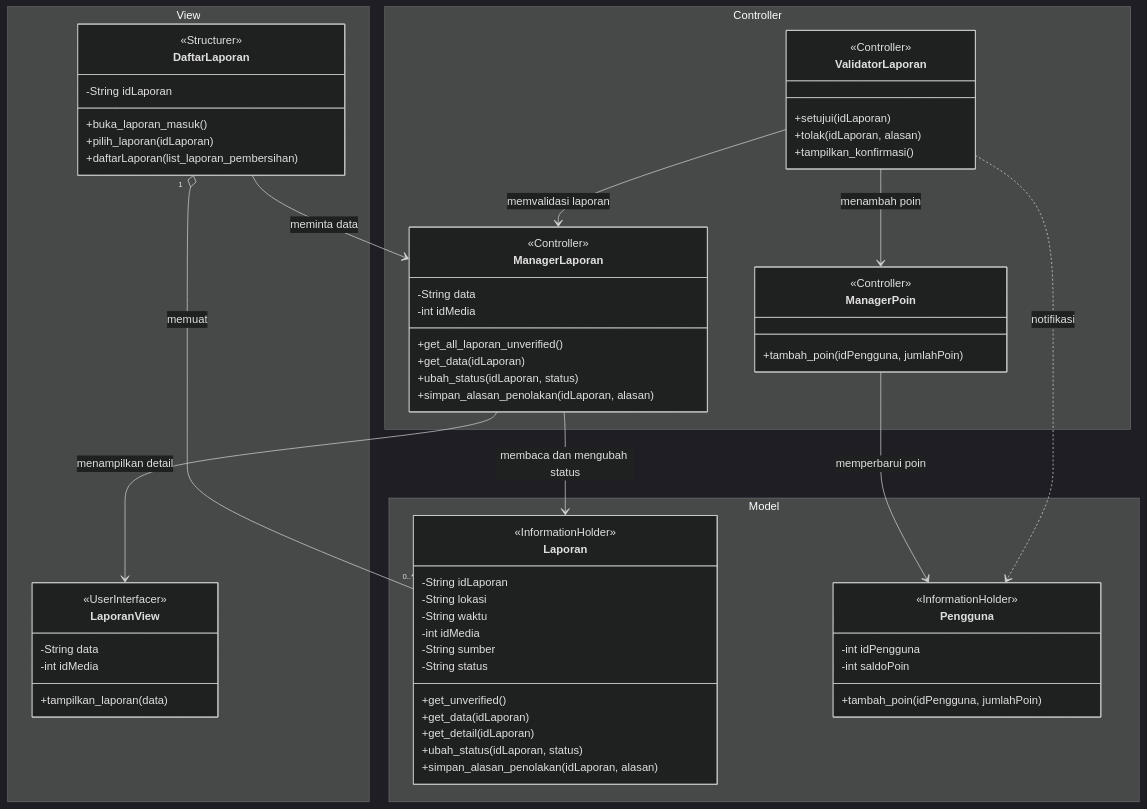
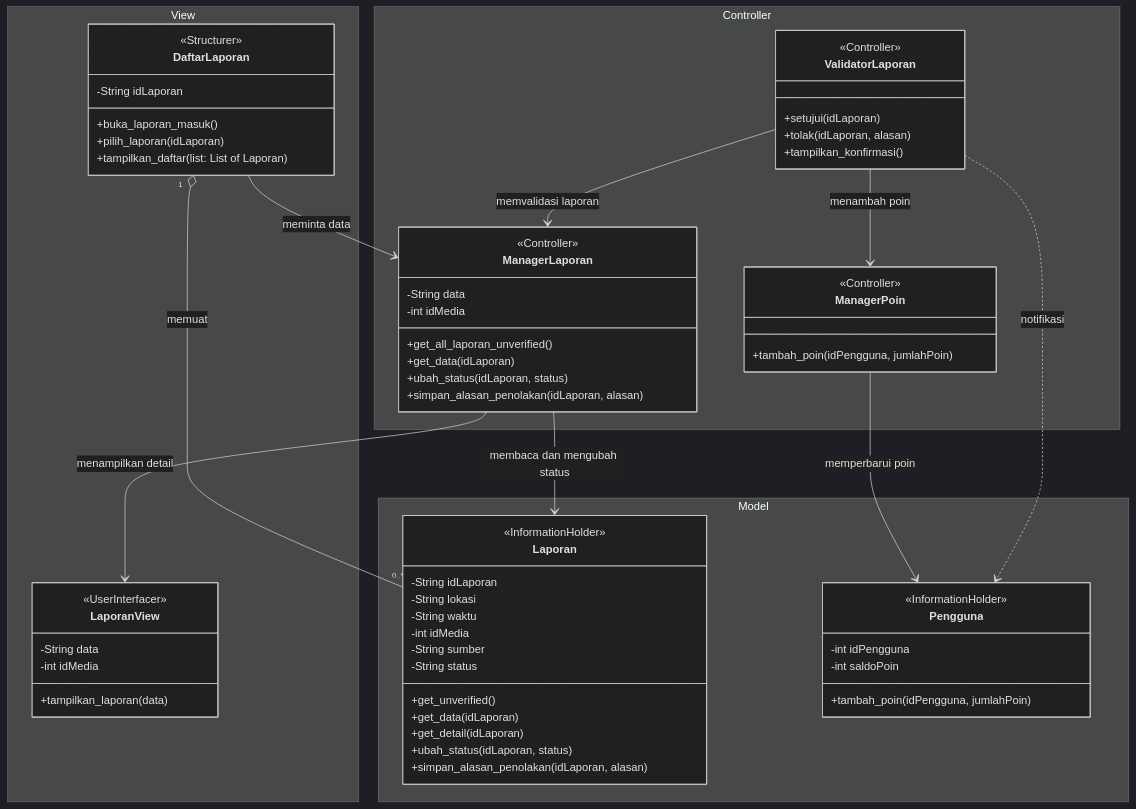
Diagram 21 of 29 in docs/M8/K03_G02_DPPL2.md (star-scripter/IF2150-RPL-K03-G02), drawn with Mermaid (dark theme) before and after one commit. The commit also changed other lines of this file, not shown here.

Commit message:
docs: DaftarLaporan alg and query, adjustments to class

````diff
--- a/docs/M8/K03_G02_DPPL2.md
+++ b/docs/M8/K03_G02_DPPL2.md
@@ -1181,74 +1180,73 @@
 ```mermaid
 classDiagram
     direction TB
 
     namespace View {
         class DaftarLaporan {
             -String idLaporan
             +buka_laporan_masuk()
             +pilih_laporan(idLaporan)
-            +daftarLaporan(list_laporan_pembersihan)
-
+            +tampilkan_daftar(list: List of Laporan)
         }
         class LaporanView {
             -String data
             -int idMedia
             +tampilkan_laporan(data)
         }
     }
     namespace Controller {
         class ManagerPoin {
             +tambah_poin(idPengguna, jumlahPoin)
         }
         class ValidatorLaporan {
             +setujui(idLaporan)
             +tolak(idLaporan, alasan)
             +tampilkan_konfirmasi()
         }
         class ManagerLaporan {
             -String data
             -int idMedia
             +get_all_laporan_unverified()
             +get_data(idLaporan)
             +ubah_status(idLaporan, status)
             +simpan_alasan_penolakan(idLaporan, alasan)
         }
     }
     namespace Model {
         class Laporan {
             -String idLaporan
             -String lokasi
             -String waktu
             -int idMedia
             -String sumber
             -String status
             +get_unverified()
             +get_data(idLaporan)
             +get_detail(idLaporan)
             +ubah_status(idLaporan, status)
             +simpan_alasan_penolakan(idLaporan, alasan)
         }
         class Pengguna {
             -int idPengguna
             -int saldoPoin
             +tambah_poin(idPengguna, jumlahPoin)
         }
     }
 
     <<Controller>> ValidatorLaporan
     <<UserInterfacer>> LaporanView
     <<Controller>> ManagerLaporan
     <<Controller>> ManagerPoin
     <<Structurer>> DaftarLaporan
     <<InformationHolder>> Laporan
     <<InformationHolder>> Pengguna
 
     DaftarLaporan --> ManagerLaporan : meminta data
     ManagerLaporan --> Laporan : membaca dan mengubah status
     ManagerLaporan --> LaporanView : menampilkan detail
     ValidatorLaporan --> ManagerLaporan : memvalidasi laporan
     ValidatorLaporan --> ManagerPoin : menambah poin
     ManagerPoin --> Pengguna : memperbarui poin
     ValidatorLaporan ..> Pengguna : notifikasi
     DaftarLaporan "1" o-- "0..*" Laporan : memuat
 ```
````
